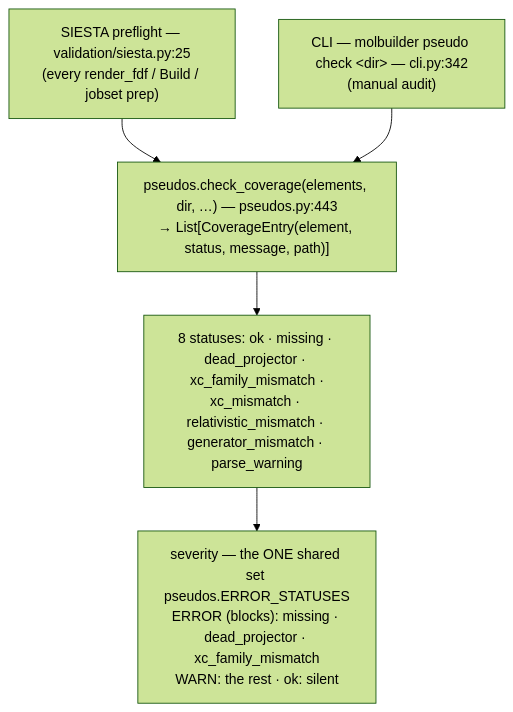
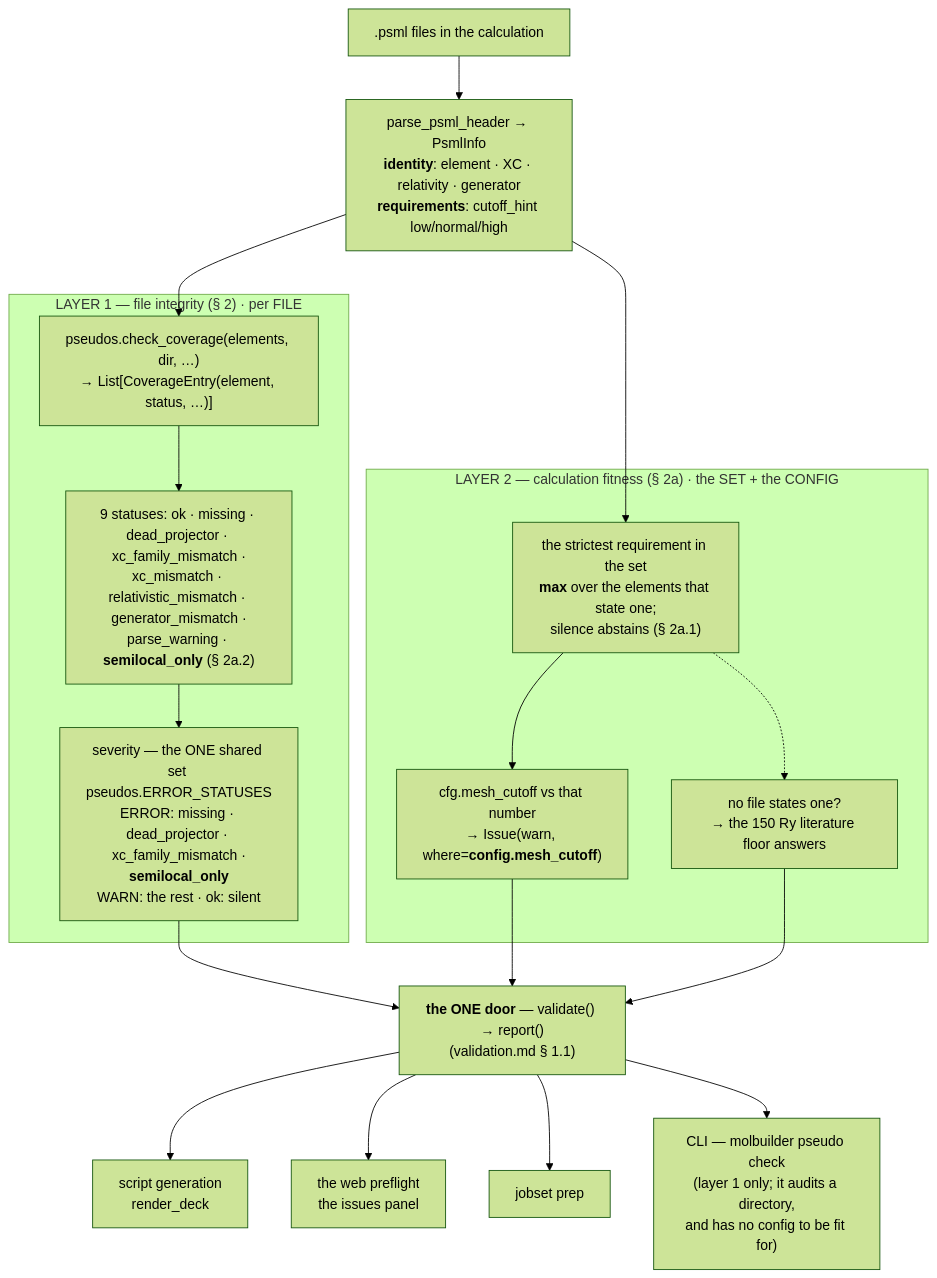
Before and after one commit to Qing-LAB/molbuilder: the diagram in docs/science/pseudopotentials.md, drawn with Mermaid (forest theme). The commit also changed other lines of this file and 5 other files, not shown here.

First line of the commit message:
feat(pseudos): a pseudopotential declares requirements -- the second validation layer

````diff
--- a/docs/science/pseudopotentials.md
+++ b/docs/science/pseudopotentials.md
@@ -45,11 +45,33 @@
 ```mermaid
 flowchart TB
-    P["SIESTA preflight — validation/siesta.py:25<br/>(every render_fdf / Build / jobset prep)"]
-    C["CLI — molbuilder pseudo check &lt;dir&gt; — cli.py:342<br/>(manual audit)"]
-    CC["pseudos.check_coverage(elements, dir, …) — pseudos.py:443<br/>→ List[CoverageEntry(element, status, message, path)]"]
-    ST["8 statuses: ok · missing · dead_projector · xc_family_mismatch ·<br/>xc_mismatch · relativistic_mismatch · generator_mismatch · parse_warning"]
-    SEV["severity — the ONE shared set pseudos.ERROR_STATUSES<br/>ERROR (blocks): missing · dead_projector · xc_family_mismatch<br/>WARN: the rest · ok: silent"]
-    P --> CC
-    C --> CC
-    CC --> ST --> SEV
+    F[".psml files in the calculation"]
+    RD["parse_psml_header → PsmlInfo<br/><b>identity</b>: element · XC · relativity · generator<br/><b>requirements</b>: cutoff_hint low/normal/high"]
+
+    subgraph L1["LAYER 1 — file integrity (§ 2) · per FILE"]
+      CC["pseudos.check_coverage(elements, dir, …)<br/>→ List[CoverageEntry(element, status, …)]"]
+      ST["9 statuses: ok · missing · dead_projector · xc_family_mismatch ·<br/>xc_mismatch · relativistic_mismatch · generator_mismatch ·<br/>parse_warning · <b>semilocal_only</b> (§ 2a.2)"]
+      SEV["severity — the ONE shared set pseudos.ERROR_STATUSES<br/>ERROR: missing · dead_projector · xc_family_mismatch ·<br/><b>semilocal_only</b><br/>WARN: the rest · ok: silent"]
+      CC --> ST --> SEV
+    end
+
+    subgraph L2["LAYER 2 — calculation fitness (§ 2a) · the SET + the CONFIG"]
+      REQ["the strictest requirement in the set<br/><b>max</b> over the elements that state one;<br/>silence abstains (§ 2a.1)"]
+      CMP["cfg.mesh_cutoff vs that number<br/>→ Issue(warn, where=<b>config.mesh_cutoff</b>)"]
+      FLOOR["no file states one?<br/>→ the 150 Ry literature floor answers"]
+      REQ --> CMP
+      REQ -.-> FLOOR
+    end
+
+    F --> RD
+    RD --> CC
+    RD --> REQ
+
+    SEV --> DOOR
+    CMP --> DOOR
+    FLOOR --> DOOR
+    DOOR["<b>the ONE door</b> — validate() → report()<br/>(validation.md § 1.1)"]
+    DOOR --> S1["script generation<br/>render_deck"]
+    DOOR --> S2["the web preflight<br/>the issues panel"]
+    DOOR --> S3["jobset prep"]
+    DOOR --> S4["CLI — molbuilder pseudo check<br/>(layer 1 only; it audits a directory,<br/>and has no config to be fit for)"]
 ```
````
